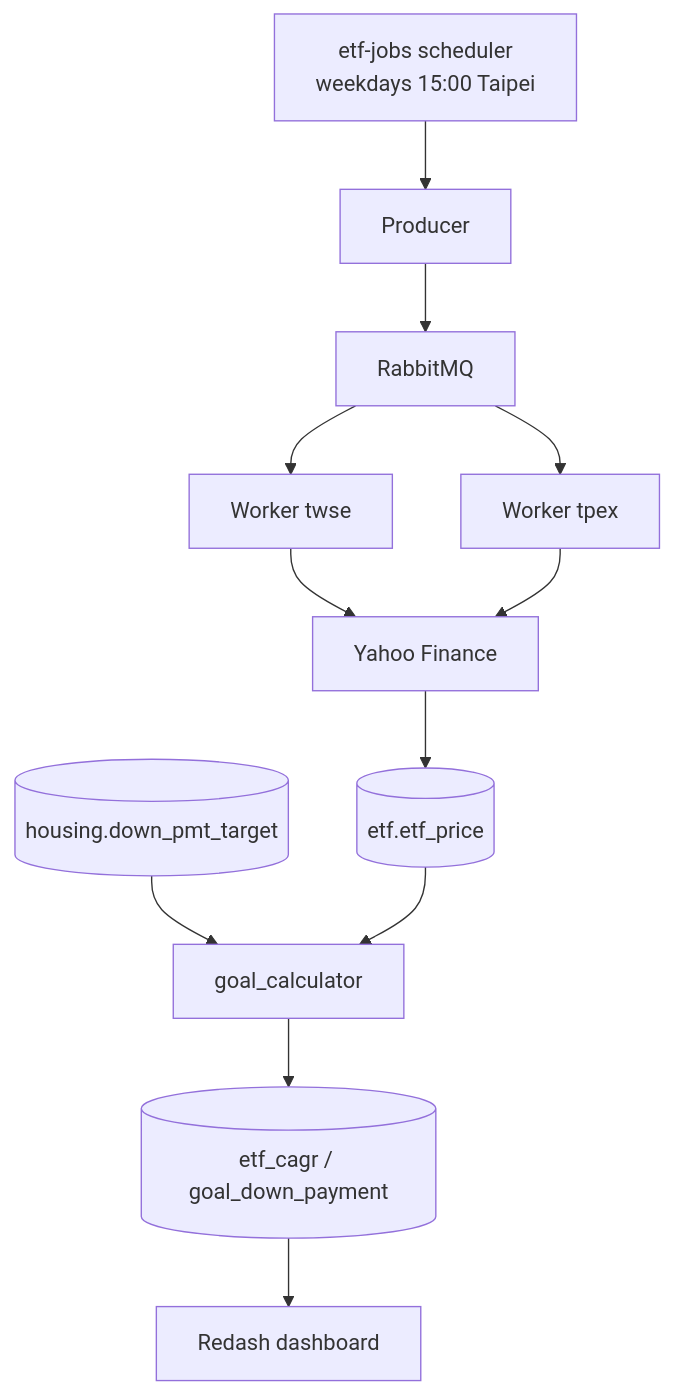
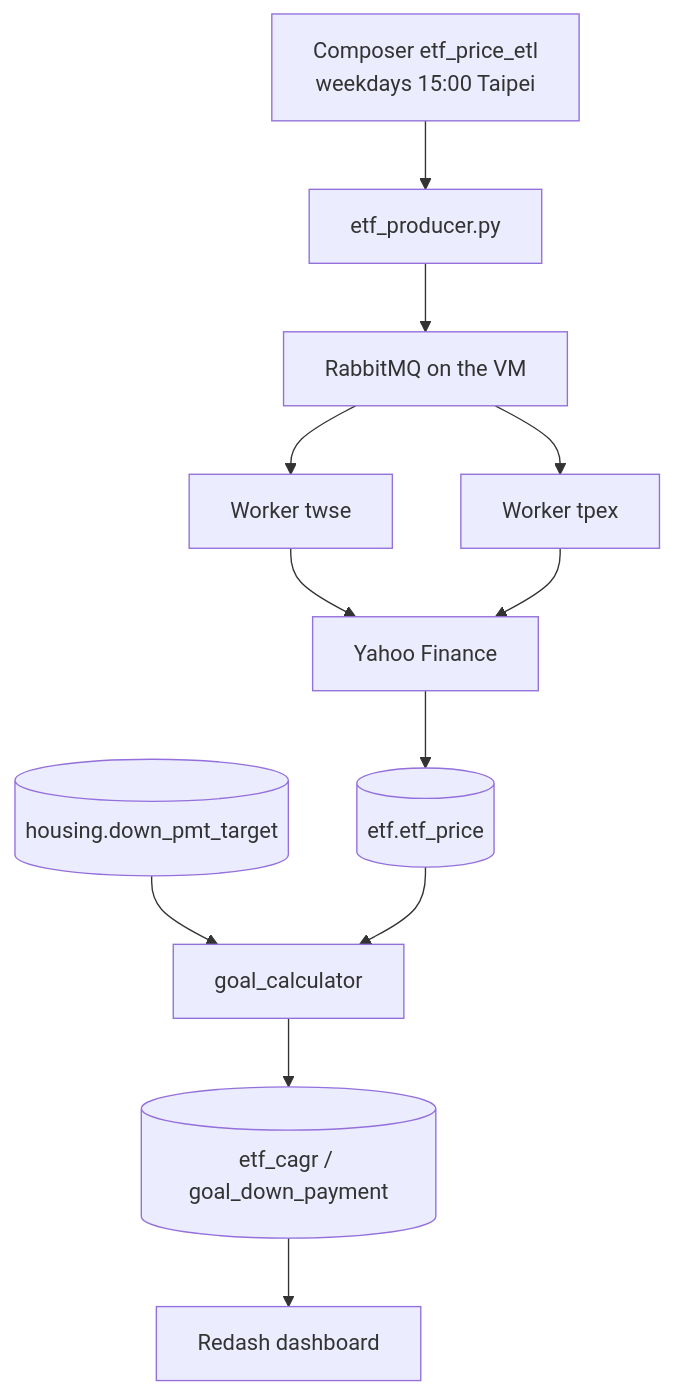
The diagram in README.en.md (tibameDataEngineer1150701/etf-goal-calculator), drawn with Mermaid before and after one commit. The commit also changed other lines of this file and 2 other files, not shown here.

Commit message:
更新 README 到 11/9 的抓價結果，讓組員看到 Composer 排程已經寫入股價。

````diff
--- a/README.en.md
+++ b/README.en.md
@@ -105,14 +111,14 @@
 ```mermaid
 flowchart TD
-  sched["etf-jobs scheduler<br/>weekdays 15:00 Taipei"] --> prod[Producer]
-  prod --> mq[RabbitMQ]
+  dag["Composer etf_price_etl<br/>weekdays 15:00 Taipei"] --> prod[etf_producer.py]
+  prod --> mq[RabbitMQ on the VM]
   mq --> twse[Worker twse]
   mq --> tpex[Worker tpex]
   twse --> yahoo[Yahoo Finance]
   tpex --> yahoo
   yahoo --> price[(etf.etf_price)]
   housing[(housing.down_pmt_target)] --> goal[goal_calculator]
   price --> goal
   goal --> out[(etf_cagr / goal_down_payment)]
   out --> redash[Redash dashboard]
 ```
````
